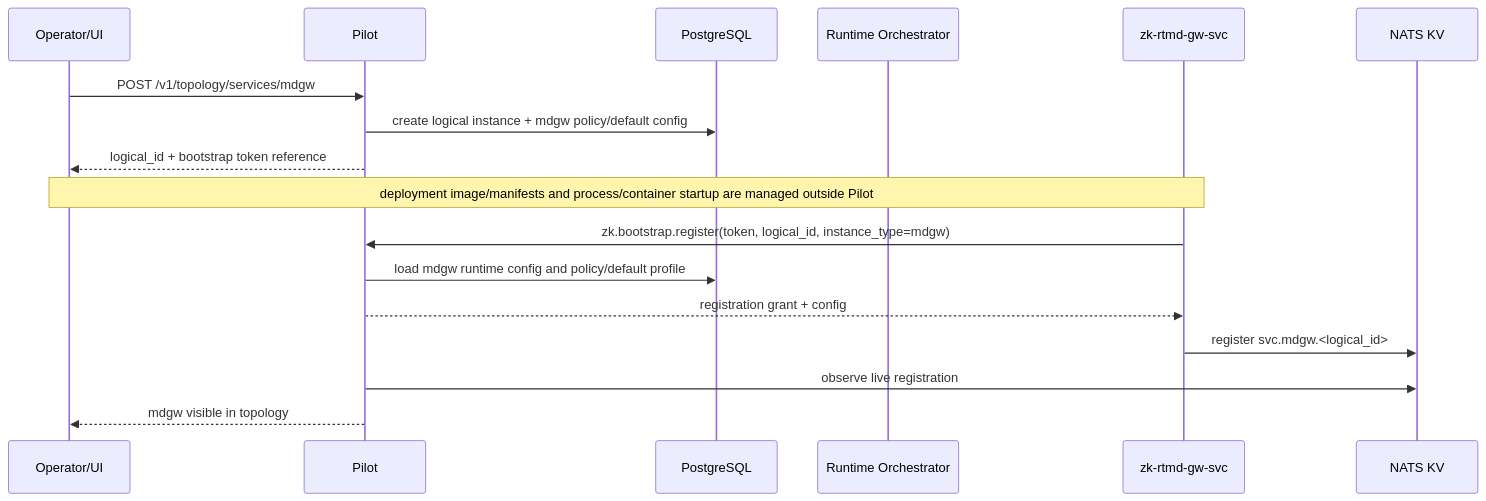
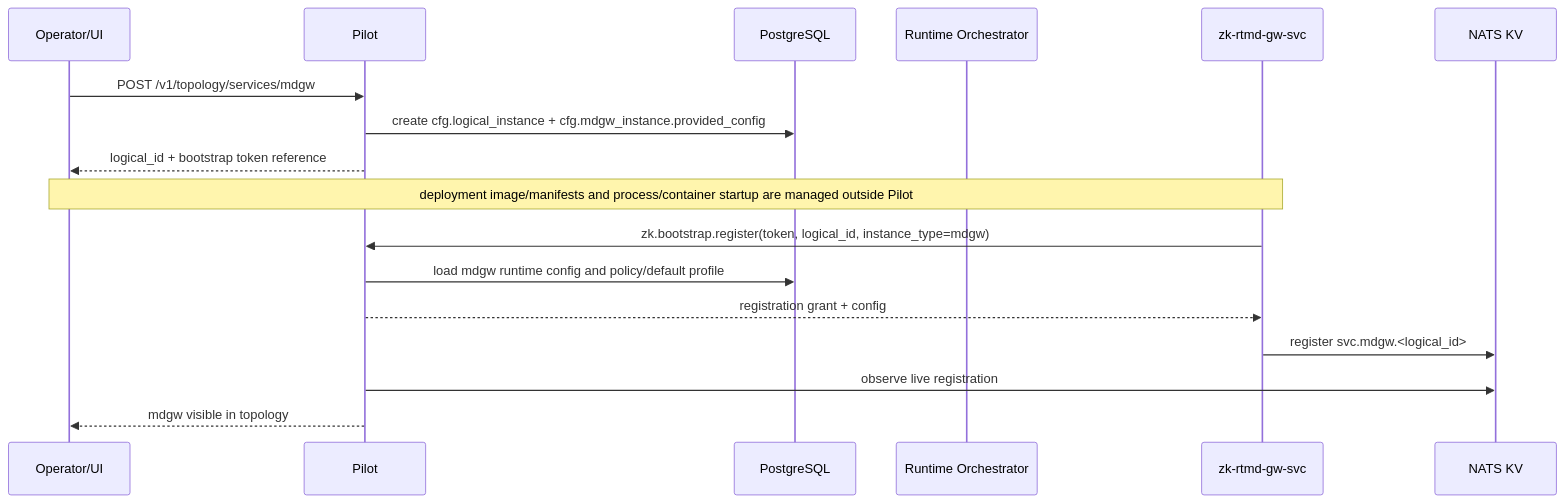
One commit to soyvv/zkbot changed the third of 7 diagrams in docs/system-arch/services/pilot_service.md. Above: the diagram before and after it, drawn with Mermaid. The commit also changed other lines of this file and 95 other files, not shown here.

````diff
--- a/docs/system-arch/services/pilot_service.md
+++ b/docs/system-arch/services/pilot_service.md
@@ -1596,21 +1612,21 @@
 ```mermaid
 sequenceDiagram
     participant U as Operator/UI
     participant P as Pilot
     participant DB as PostgreSQL
     participant R as Runtime Orchestrator
     participant MDGW as zk-rtmd-gw-svc
     participant KV as NATS KV
 
     U->>P: POST /v1/topology/services/mdgw
-    P->>DB: create logical instance + mdgw policy/default config
+    P->>DB: create cfg.logical_instance + cfg.mdgw_instance.provided_config
     P-->>U: logical_id + bootstrap token reference
 
     Note over U,MDGW: deployment image/manifests and process/container startup are managed outside Pilot
     MDGW->>P: zk.bootstrap.register(token, logical_id, instance_type=mdgw)
     P->>DB: load mdgw runtime config and policy/default profile
     P-->>MDGW: registration grant + config
     MDGW->>KV: register svc.mdgw.<logical_id>
-    P->>KV: observe live registration
-    P-->>U: mdgw visible in topology
+P->>KV: observe live registration
+P-->>U: mdgw visible in topology
 ```
````
